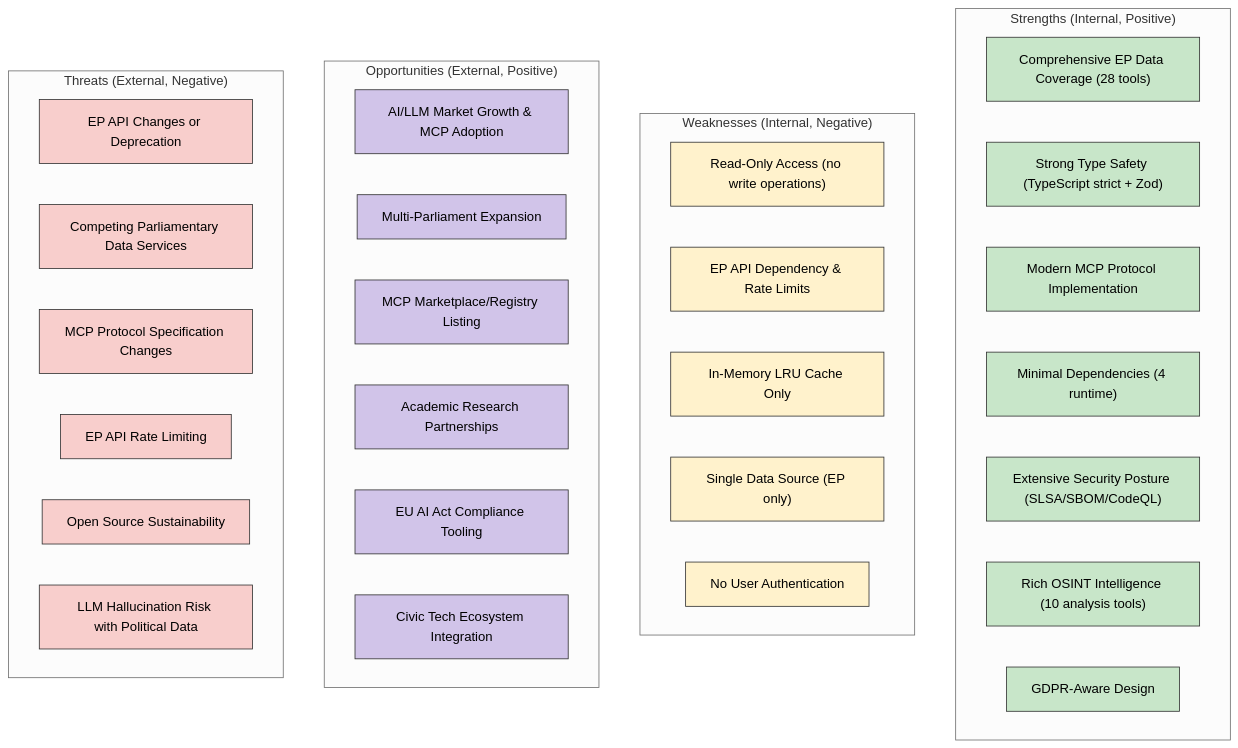
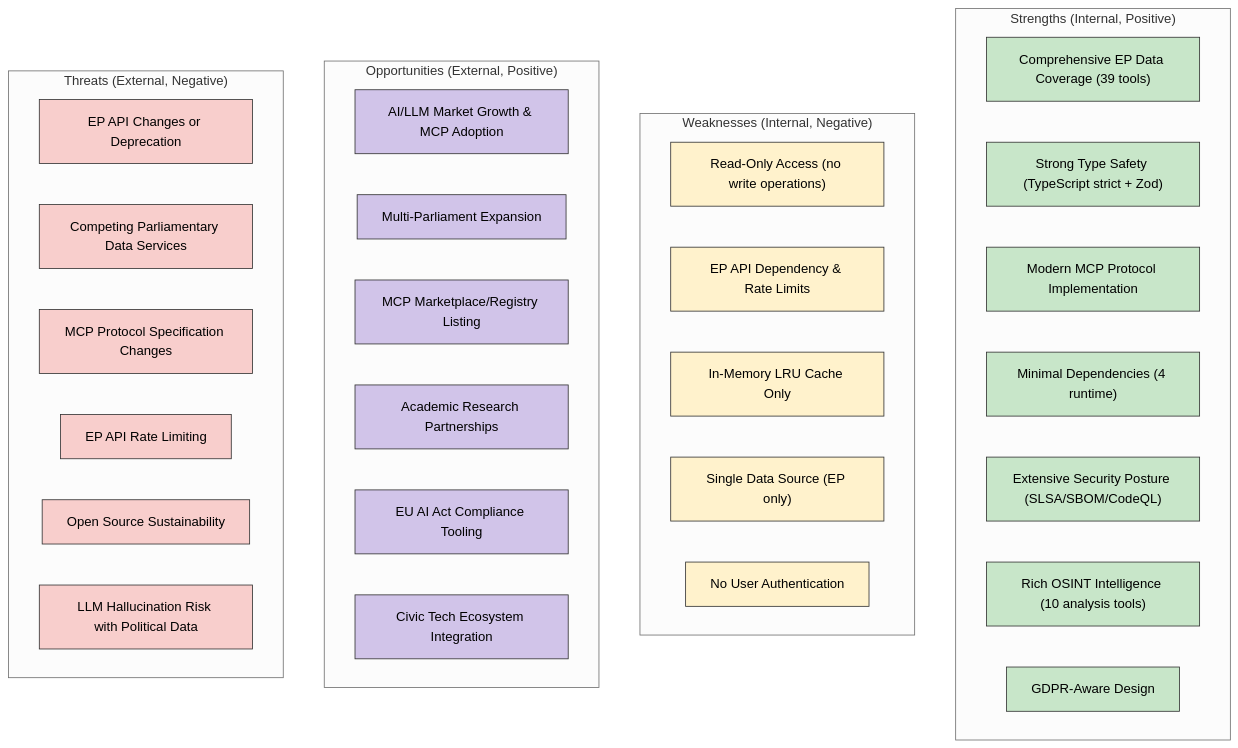
Before and after one commit to Hack23/European-Parliament-MCP-Server: the second of 8 diagrams in SWOT.md, drawn with Mermaid (neutral theme). The commit also changed other lines of this file and 2 other files, not shown here.

````diff
--- a/SWOT.md
+++ b/SWOT.md
@@ -111,49 +111,49 @@
 ```mermaid
 graph TD
     subgraph "Strengths (Internal, Positive)"
-        S1["Comprehensive EP Data Coverage (28 tools)"]
+        S1["Comprehensive EP Data Coverage (39 tools)"]
         S2["Strong Type Safety (TypeScript strict + Zod)"]
         S3["Modern MCP Protocol Implementation"]
         S4["Minimal Dependencies (4 runtime)"]
         S5["Extensive Security Posture (SLSA/SBOM/CodeQL)"]
         S6["Rich OSINT Intelligence (10 analysis tools)"]
         S7["GDPR-Aware Design"]
     end
 
     subgraph "Weaknesses (Internal, Negative)"
         W1["Read-Only Access (no write operations)"]
         W2["EP API Dependency & Rate Limits"]
         W3["In-Memory LRU Cache Only"]
         W4["Single Data Source (EP only)"]
         W5["No User Authentication"]
     end
 
     subgraph "Opportunities (External, Positive)"
         O1["AI/LLM Market Growth & MCP Adoption"]
         O2["Multi-Parliament Expansion"]
         O3["MCP Marketplace/Registry Listing"]
         O4["Academic Research Partnerships"]
         O5["EU AI Act Compliance Tooling"]
         O6["Civic Tech Ecosystem Integration"]
     end
 
     subgraph "Threats (External, Negative)"
         T1["EP API Changes or Deprecation"]
         T2["Competing Parliamentary Data Services"]
         T3["MCP Protocol Specification Changes"]
         T4["EP API Rate Limiting"]
         T5["Open Source Sustainability"]
         T6["LLM Hallucination Risk with Political Data"]
     end
 
     %% Style
     classDef strengths fill:#c8e6c9,stroke:#333,stroke-width:1px,color:black
     classDef weaknesses fill:#fff2cc,stroke:#333,stroke-width:1px,color:black
     classDef opportunities fill:#d1c4e9,stroke:#333,stroke-width:1px,color:black
     classDef threats fill:#f8cecc,stroke:#333,stroke-width:1px,color:black
 
     class S1,S2,S3,S4,S5,S6,S7 strengths
     class W1,W2,W3,W4,W5 weaknesses
     class O1,O2,O3,O4,O5,O6 opportunities
     class T1,T2,T3,T4,T5,T6 threats
 ```
````
